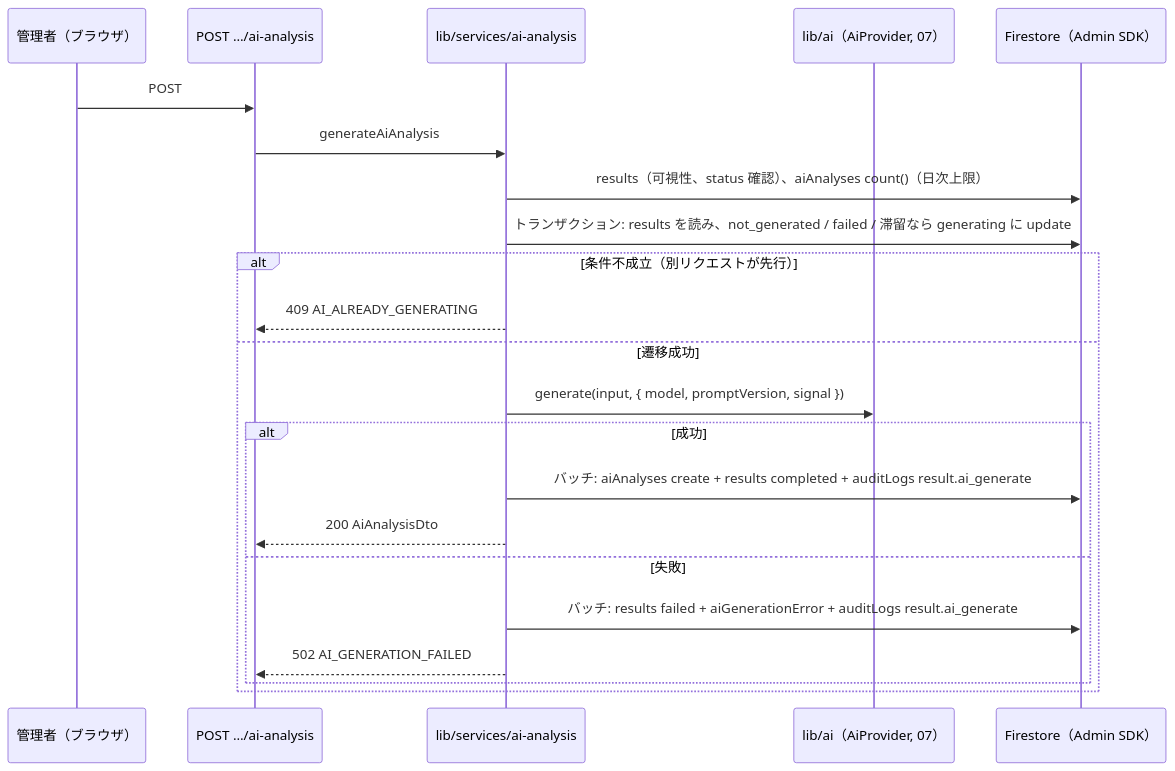
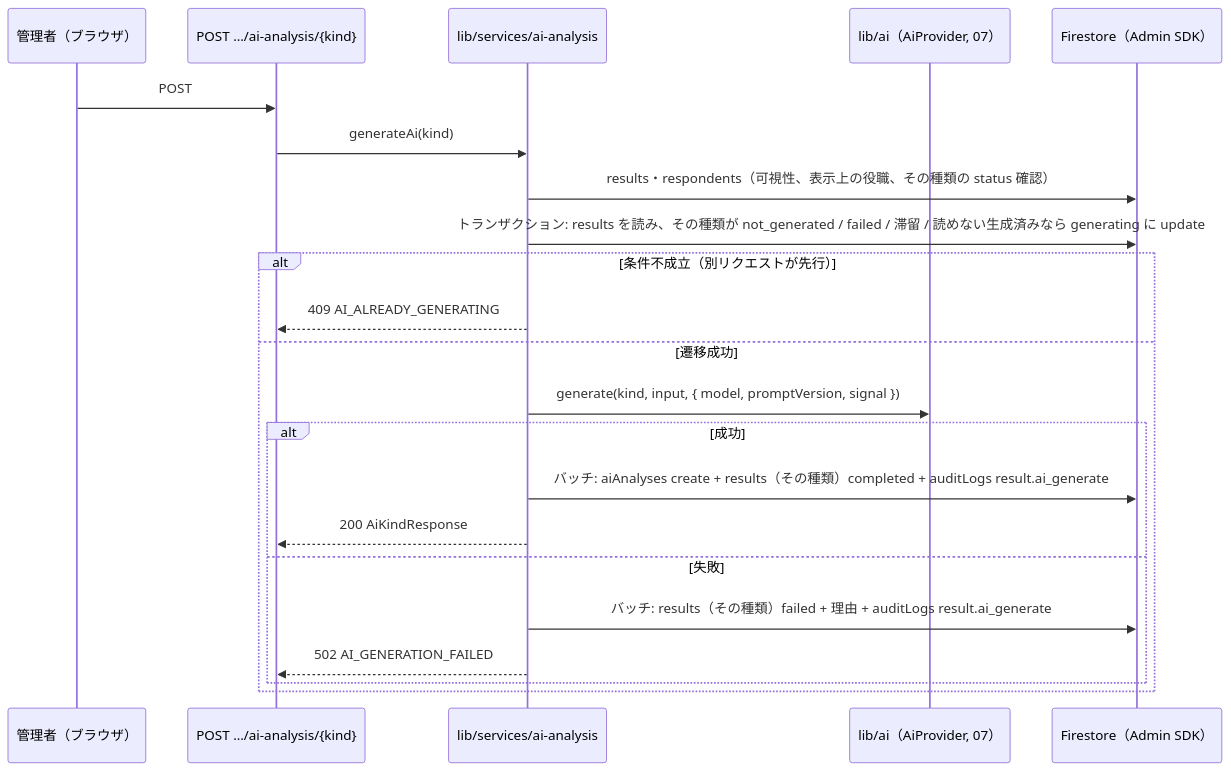
The sixth of 7 diagrams in docs/基本設計/04_API設計.md (tanukichiyamaguchi/Tekisei-Kensa), drawn with Mermaid before and after one commit. The commit also changed other lines of this file and 95 other files, not shown here.

````diff
--- a/docs/基本設計/04_API設計.md
+++ b/docs/基本設計/04_API設計.md
@@ -2692,24 +2744,24 @@
 ```mermaid
 sequenceDiagram
     participant A as 管理者（ブラウザ）
-    participant API as POST …/ai-analysis
+    participant API as POST …/ai-analysis/{kind}
     participant S as lib/services/ai-analysis
     participant P as lib/ai（AiProvider, 07）
     participant DB as Firestore（Admin SDK）
     A->>API: POST
-    API->>S: generateAiAnalysis
-    S->>DB: results（可視性、status 確認）、aiAnalyses count()（日次上限）
-    S->>DB: トランザクション: results を読み、not_generated / failed / 滞留なら generating に update
+    API->>S: generateAi(kind)
+    S->>DB: results・respondents（可視性、表示上の役職、その種類の status 確認）
+    S->>DB: トランザクション: results を読み、その種類が not_generated / failed / 滞留 / 読めない生成済みなら generating に update
     alt 条件不成立（別リクエストが先行）
         S-->>API: 409 AI_ALREADY_GENERATING
     else 遷移成功
-        S->>P: generate(input, { model, promptVersion, signal })
+        S->>P: generate(kind, input, { model, promptVersion, signal })
         alt 成功
-            S->>DB: バッチ: aiAnalyses create + results completed + auditLogs result.ai_generate
-            S-->>API: 200 AiAnalysisDto
+            S->>DB: バッチ: aiAnalyses create + results（その種類）completed + auditLogs result.ai_generate
+            S-->>API: 200 AiKindResponse
         else 失敗
-            S->>DB: バッチ: results failed + aiGenerationError + auditLogs result.ai_generate
+            S->>DB: バッチ: results（その種類）failed + 理由 + auditLogs result.ai_generate
             S-->>API: 502 AI_GENERATION_FAILED
         end
     end
 ```
````
